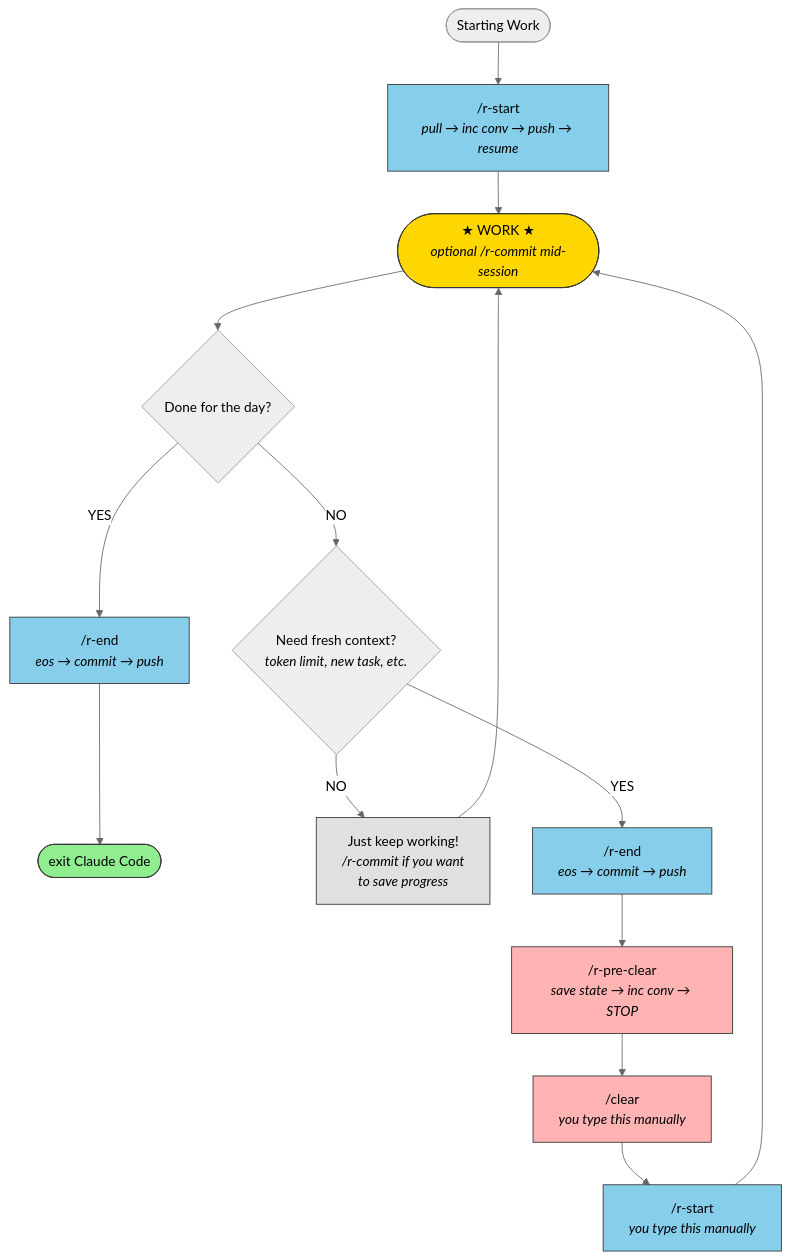
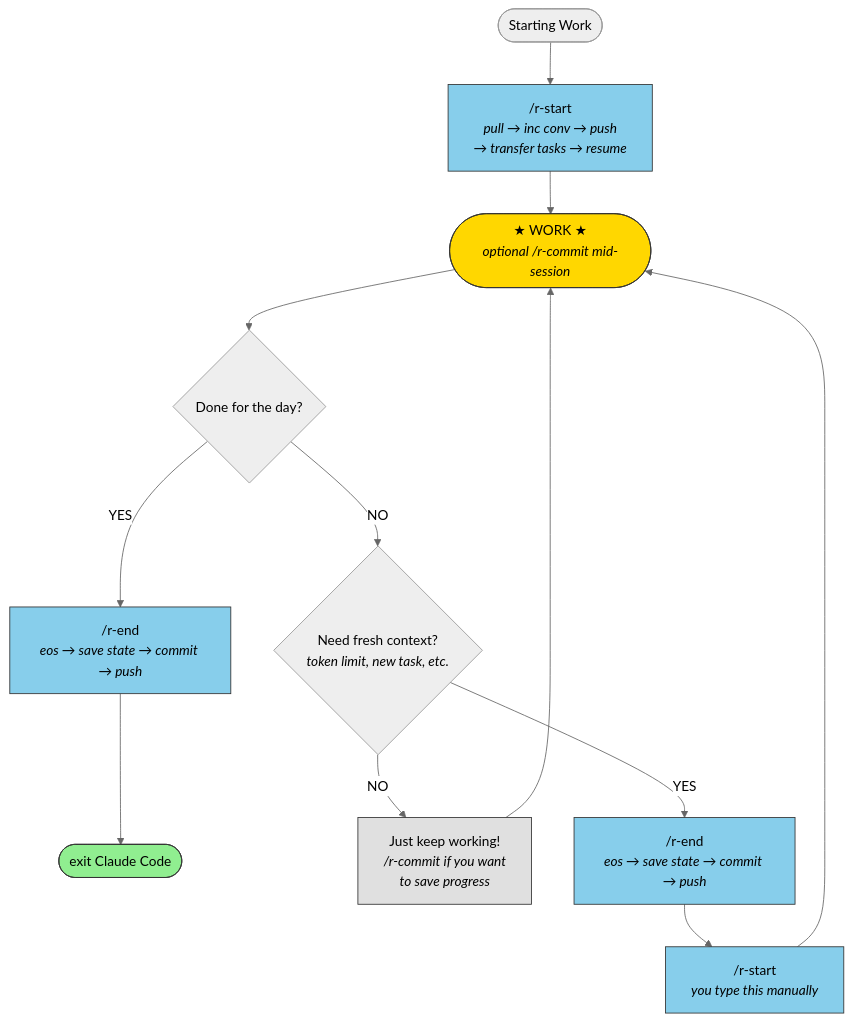
The diagram in prod-helpers/CONV-FLOWCHART.md (UmbraLimi/research), drawn with Mermaid (neutral theme) before and after one commit. The commit also changed other lines of this file and 8 other files, not shown here.

First line of the commit message:
Simplified conv workflow: removed /r-pre-clear, closed-loop task persistence

````diff
--- a/prod-helpers/CONV-FLOWCHART.md
+++ b/prod-helpers/CONV-FLOWCHART.md
@@ -5,34 +5,30 @@
 ```mermaid
 flowchart TD
-    START([Starting Work]) --> RSTART["/r-start<br/><i>pull → inc conv → push → resume</i>"]
+    START([Starting Work]) --> RSTART["/r-start<br/><i>pull → inc conv → push<br/>→ transfer tasks → resume</i>"]
 
     RSTART --> WORK
 
     WORK(["★ WORK ★<br/><i>optional /r-commit mid-session</i>"])
 
     WORK --> Q2{Done for the day?}
 
-    Q2 -->|YES| REND_QUIT["/r-end<br/><i>eos → commit → push</i>"]
+    Q2 -->|YES| REND_QUIT["/r-end<br/><i>eos → save state → commit → push</i>"]
     REND_QUIT --> EXIT([exit Claude Code])
 
     Q2 -->|NO| Q3{Need fresh context?<br/><i>token limit, new task, etc.</i>}
 
     Q3 -->|NO| KEEP["Just keep working!<br/><i>/r-commit if you want<br/>to save progress</i>"]
     KEEP --> WORK
 
-    Q3 -->|YES| REND_CONT["/r-end<br/><i>eos → commit → push</i>"]
-    REND_CONT --> RPRECLEAR["/r-pre-clear<br/><i>save state → inc conv → STOP</i>"]
-    RPRECLEAR --> CLEAR["/clear<br/><i>you type this manually</i>"]
-    CLEAR --> RSTART2["/r-start<br/><i>you type this manually</i>"]
+    Q3 -->|YES| REND_CONT["/r-end<br/><i>eos → save state → commit → push</i>"]
+    REND_CONT --> RSTART2["/r-start<br/><i>you type this manually</i>"]
     RSTART2 --> WORK
 
     style WORK fill:#ffd700,stroke:#333,color:#000
     style EXIT fill:#90ee90,stroke:#333,color:#000
     style KEEP fill:#e0e0e0,stroke:#333,color:#000
-    style CLEAR fill:#ffb3b3,stroke:#333,color:#000
-    style RPRECLEAR fill:#ffb3b3,stroke:#333,color:#000
     style RSTART fill:#87ceeb,stroke:#333,color:#000
     style RSTART2 fill:#87ceeb,stroke:#333,color:#000
     style REND_QUIT fill:#87ceeb,stroke:#333,color:#000
     style REND_CONT fill:#87ceeb,stroke:#333,color:#000
 ```
````
